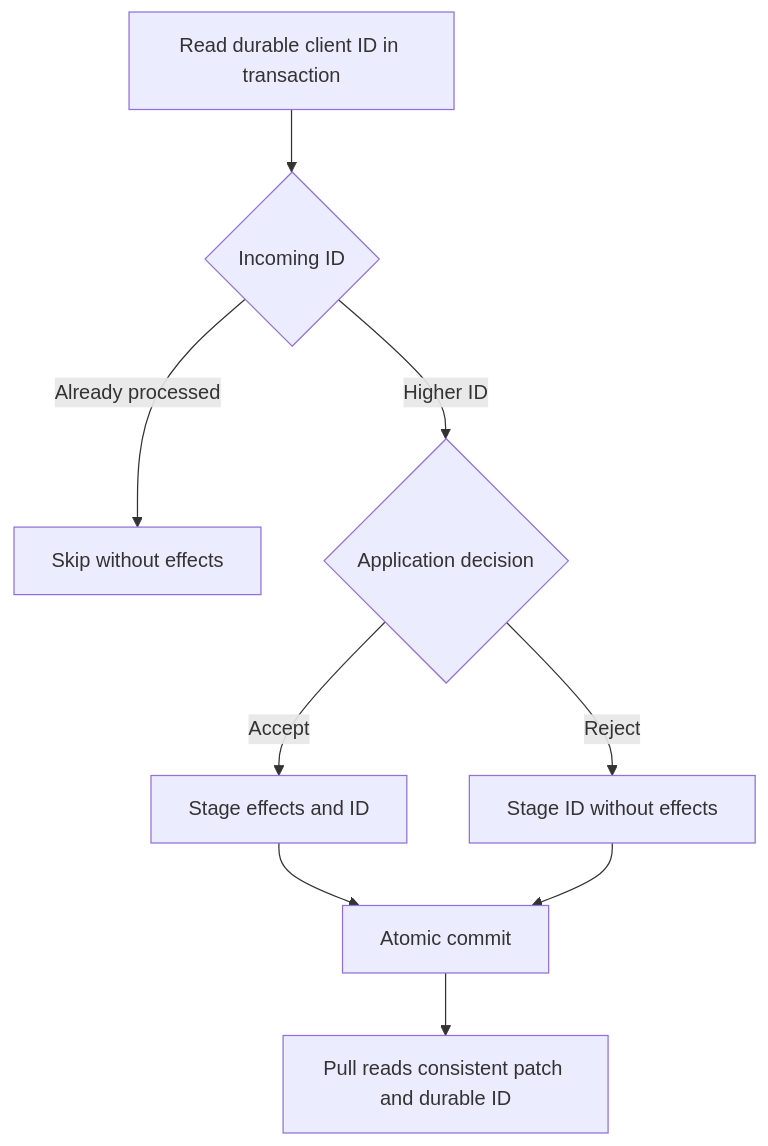
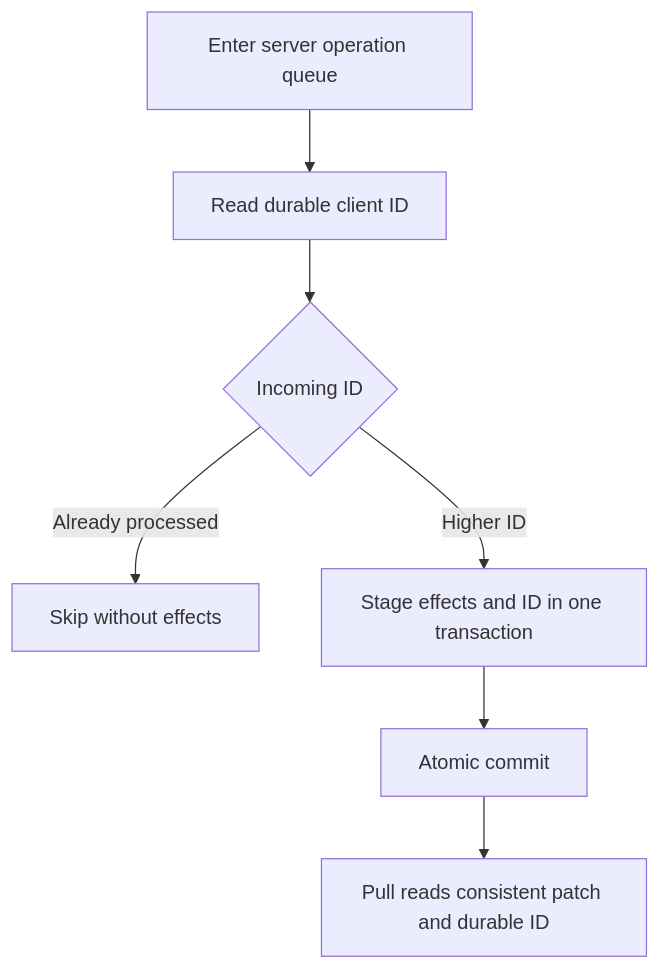
The sixth of 9 diagrams in specs/retry-unacknowledged-pushes.md (tanishqkancharla/tandem), drawn with Mermaid before and after one commit. The commit also changed other lines of this file and 8 other files, not shown here.

````diff
--- a/specs/retry-unacknowledged-pushes.md
+++ b/specs/retry-unacknowledged-pushes.md
@@ -172,11 +176,9 @@
 ```mermaid
 flowchart TD
-    A[Read durable client ID in transaction] --> B{Incoming ID}
+    Q[Enter server operation queue] --> A[Read durable client ID]
+    A --> B{Incoming ID}
     B -->|Already processed| C[Skip without effects]
-    B -->|Higher ID| E{Application decision}
-    E -->|Accept| F[Stage effects and ID]
-    E -->|Reject| G[Stage ID without effects]
+    B -->|Higher ID| F[Stage effects and ID in one transaction]
     F --> H[Atomic commit]
-    G --> H
     H --> I[Pull reads consistent patch and durable ID]
 ```
````
